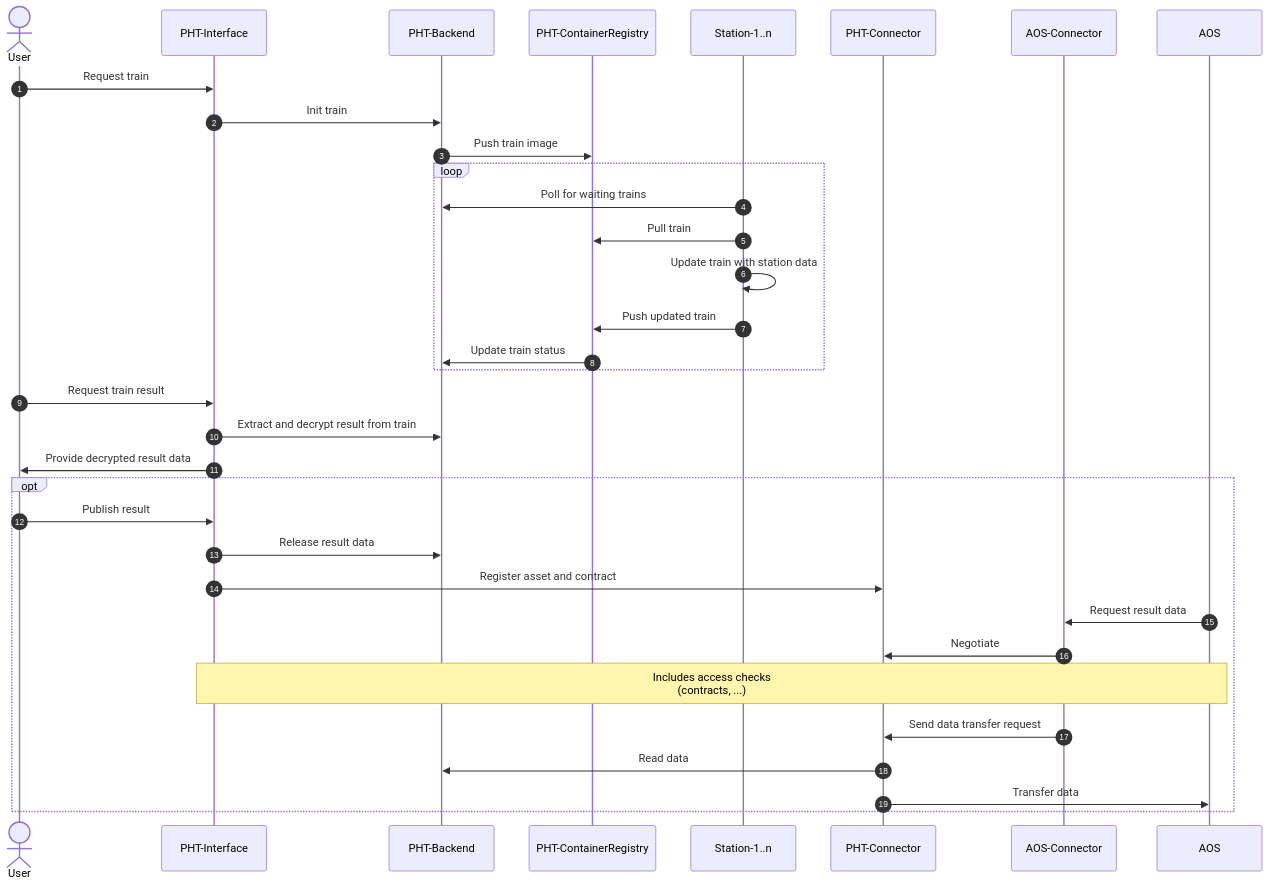
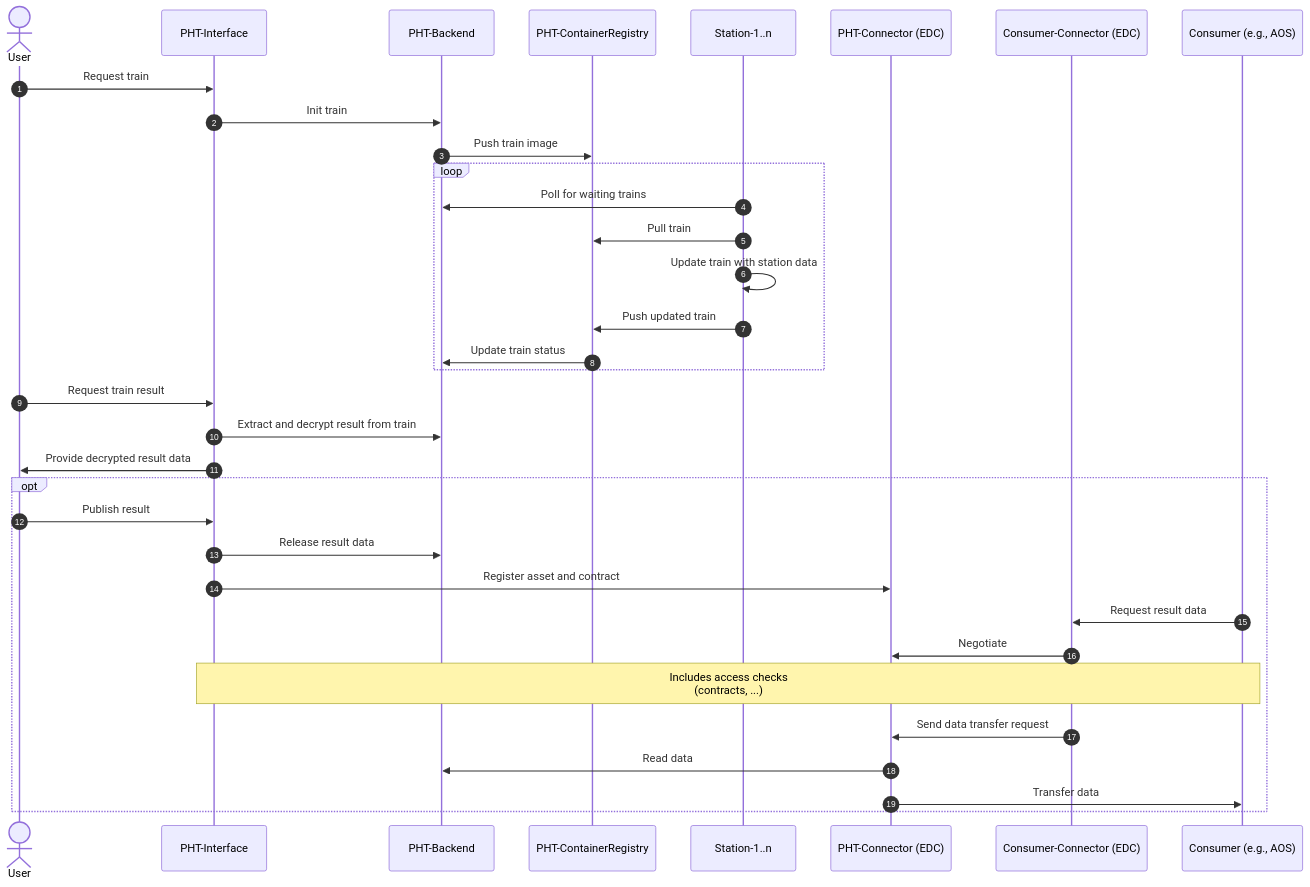
Before and after one commit to FAIR-DS4NFDI/reference-architecture: the diagram in demonstrators/AP4.3_PHT_SequenceDiagram.md, drawn with Mermaid.

Commit message:
feedbacks applied

````diff
--- a/demonstrators/AP4.3_PHT_SequenceDiagram.md
+++ b/demonstrators/AP4.3_PHT_SequenceDiagram.md
@@ -1,43 +1,43 @@
 ```mermaid
 sequenceDiagram
     autonumber
     actor User
     participant PHT-Interface
     participant PHT-Backend
     participant PHT-ContainerRegistry
     participant Station-1..n
-    participant PHT-Connector
-    participant AOS-Connector
-    participant AOS
+    participant PHT-Connector as PHT-Connector (EDC)
+    participant AOS-Connector as Consumer-Connector (EDC)
+    participant AOS as Consumer (e.g., AOS)
 
     User ->> PHT-Interface: Request train
     PHT-Interface ->> PHT-Backend: Init train
     PHT-Backend ->> PHT-ContainerRegistry: Push train image
     
     loop
     Station-1..n ->> PHT-Backend: Poll for waiting trains
     Station-1..n ->> PHT-ContainerRegistry: Pull train
     Station-1..n ->> Station-1..n: Update train with station data
     Station-1..n ->> PHT-ContainerRegistry: Push updated train
     PHT-ContainerRegistry ->> PHT-Backend: Update train status
     end
 
     User ->> PHT-Interface: Request train result
     PHT-Interface ->> PHT-Backend: Extract and decrypt result from train
     PHT-Interface ->> User: Provide decrypted result data
     
     opt
 
     User ->> PHT-Interface: Publish result
     PHT-Interface ->> PHT-Backend: Release result data
     PHT-Interface ->> PHT-Connector: Register asset and contract
 
     AOS ->> AOS-Connector: Request result data
     AOS-Connector ->> PHT-Connector: Negotiate
     Note over AOS,PHT-Interface: Includes access checks<br/>(contracts, ...)
     AOS-Connector ->> PHT-Connector: Send data transfer request
     PHT-Connector ->> PHT-Backend: Read data
     PHT-Connector ->> AOS: Transfer data
 
     end
 ```
````
